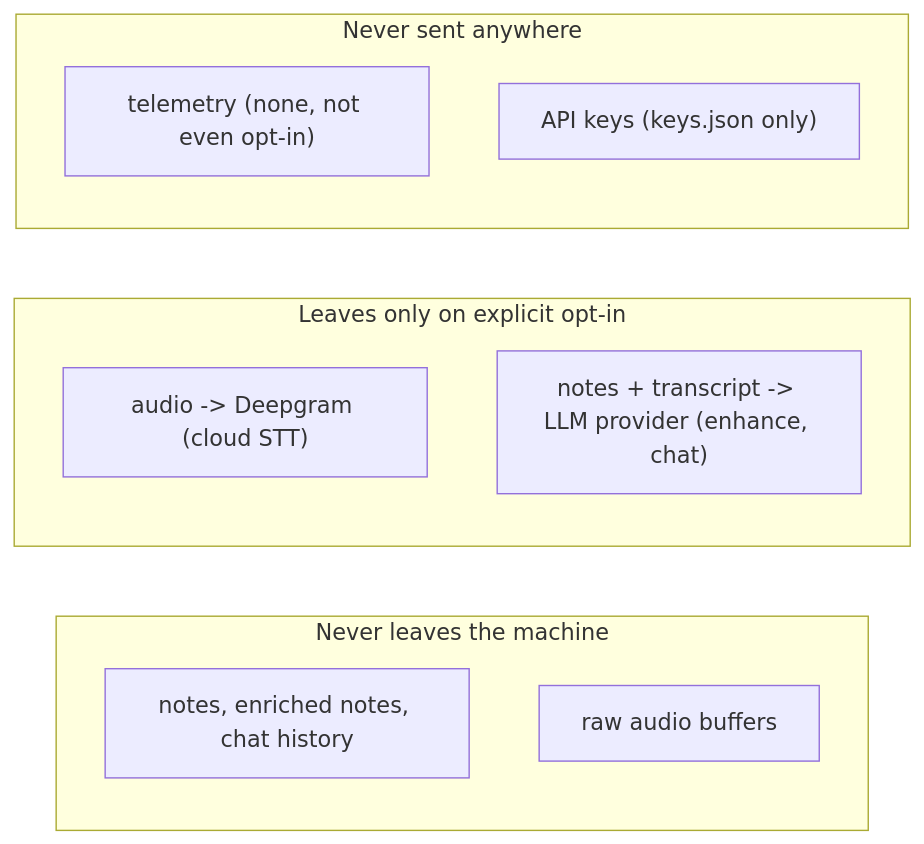
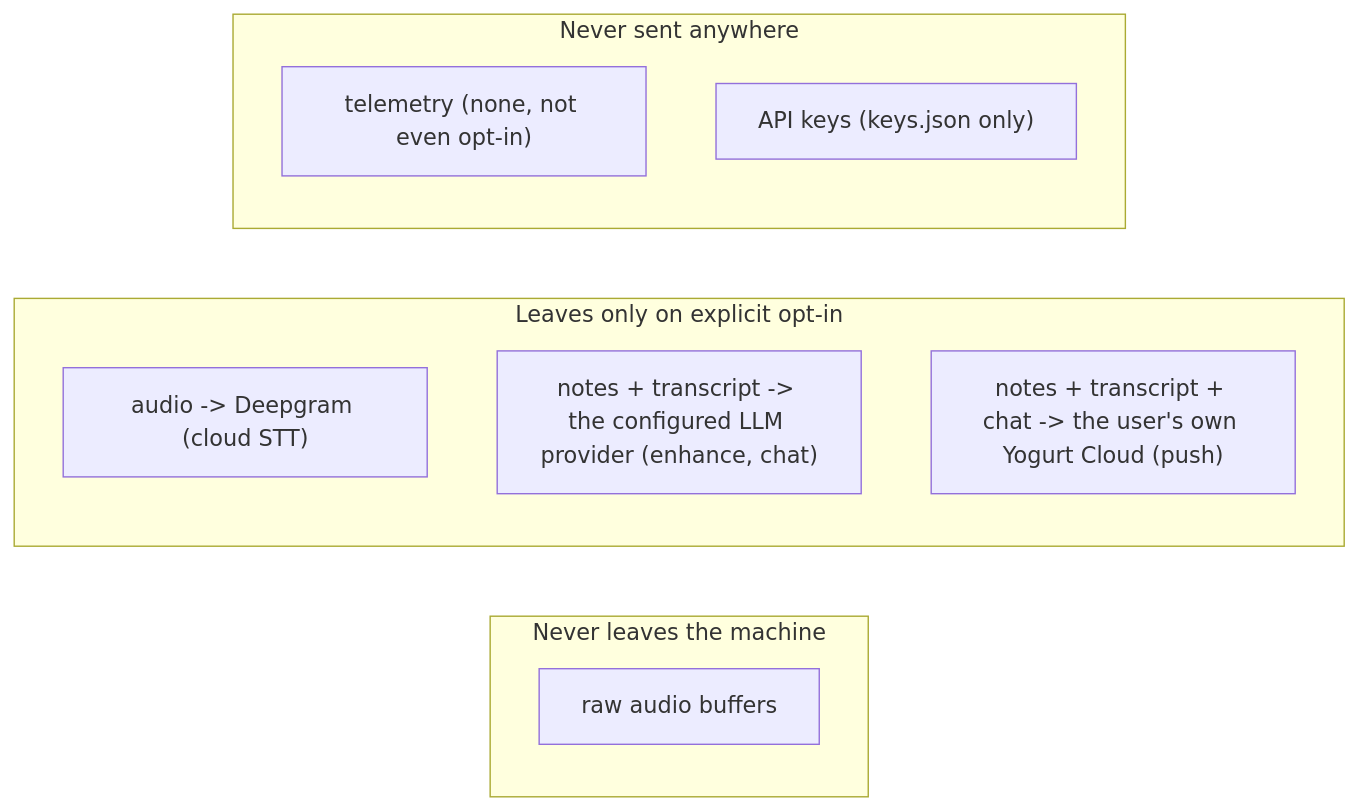
Diagram 11 of 13 in docs/ARCHITECTURE.md (jarvisrchen/yogurt), drawn with Mermaid before and after one commit. The commit also changed other lines of this file and 61 other files, not shown here.

First line of the commit message:
SYNC-4: Connect a laptop to a Yogurt Cloud and push meetings (#154)

````diff
--- a/docs/ARCHITECTURE.md
+++ b/docs/ARCHITECTURE.md
@@ -640,15 +643,15 @@
 ```mermaid
 graph LR
     subgraph Local["Never leaves the machine"]
-        NOTES2["notes, enriched notes, chat history"]
         AUDIOB["raw audio buffers"]
     end
     subgraph Opt["Leaves only on explicit opt-in"]
         AU["audio -> Deepgram (cloud STT)"]
-        TR["notes + transcript -> LLM provider (enhance, chat)"]
+        TR["notes + transcript -> the configured LLM provider (enhance, chat)"]
+        CL["notes + transcript + chat -> the user's own Yogurt Cloud (push)"]
     end
     subgraph Never["Never sent anywhere"]
         TEL["telemetry (none, not even opt-in)"]
         KEYS["API keys (keys.json only)"]
     end
 ```
````
